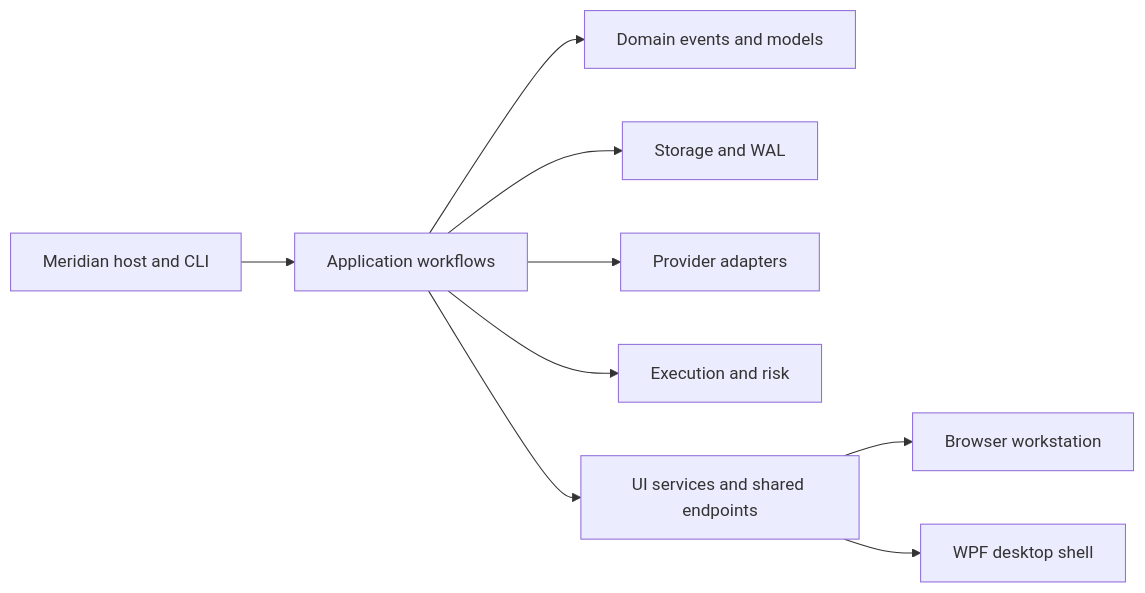
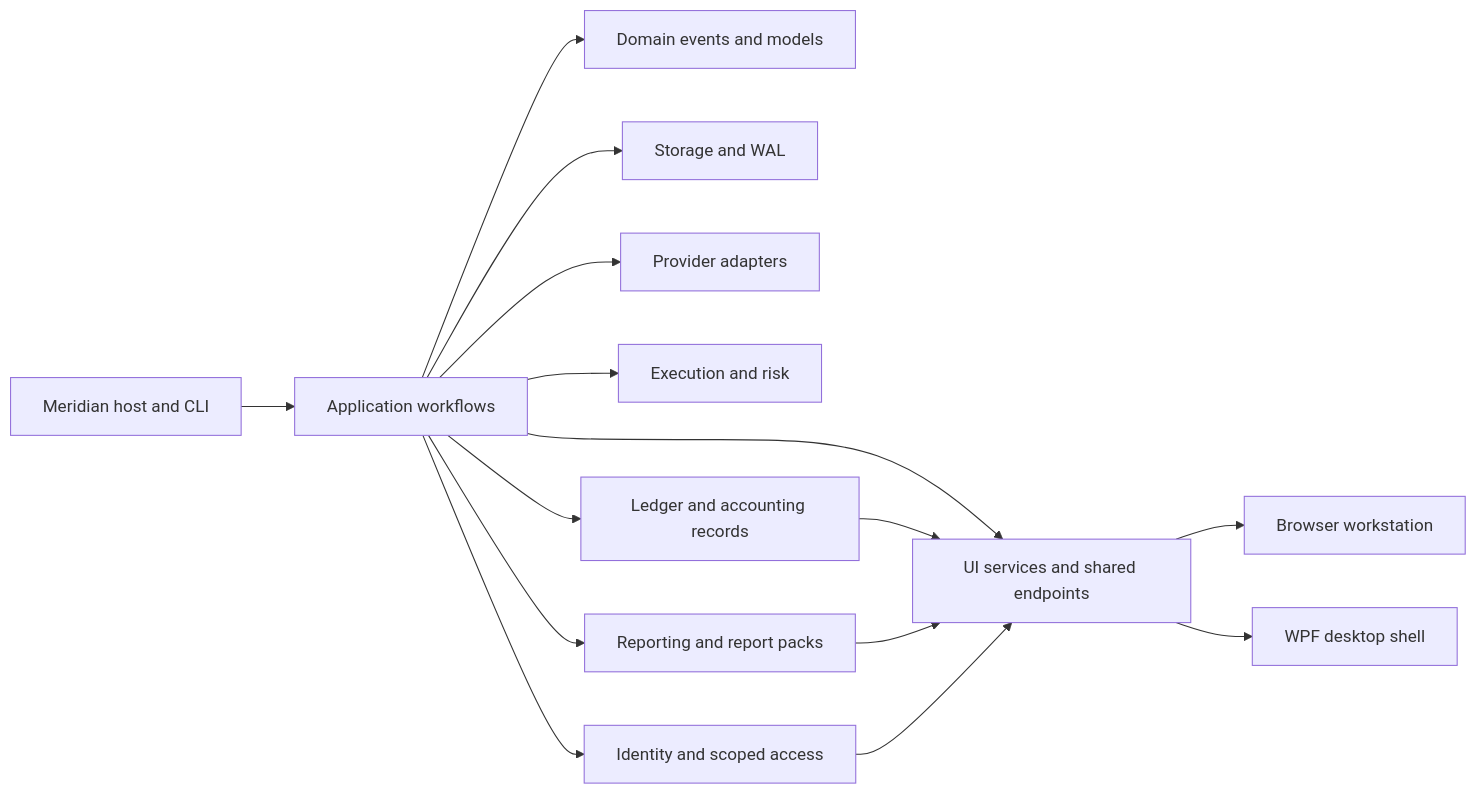
The diagram in docs/architecture/module-map.md (rodoHasArrived/Meridian-main), drawn with Mermaid before and after one commit. The commit also changed other lines of this file and 73 other files, not shown here.

````diff
--- a/docs/architecture/module-map.md
+++ b/docs/architecture/module-map.md
@@ -17,11 +17,17 @@
 ```mermaid
 flowchart LR
   Host["Meridian host and CLI"] --> Application["Application workflows"]
   Application --> Domain["Domain events and models"]
   Application --> Storage["Storage and WAL"]
   Application --> Providers["Provider adapters"]
   Application --> Execution["Execution and risk"]
+  Application --> Ledger["Ledger and accounting records"]
+  Application --> Reporting["Reporting and report packs"]
+  Application --> Identity["Identity and scoped access"]
   Application --> UiServices["UI services and shared endpoints"]
+  Ledger --> UiServices
+  Reporting --> UiServices
+  Identity --> UiServices
   UiServices --> Web["Browser workstation"]
   UiServices --> Wpf["WPF desktop shell"]
 ```
````
